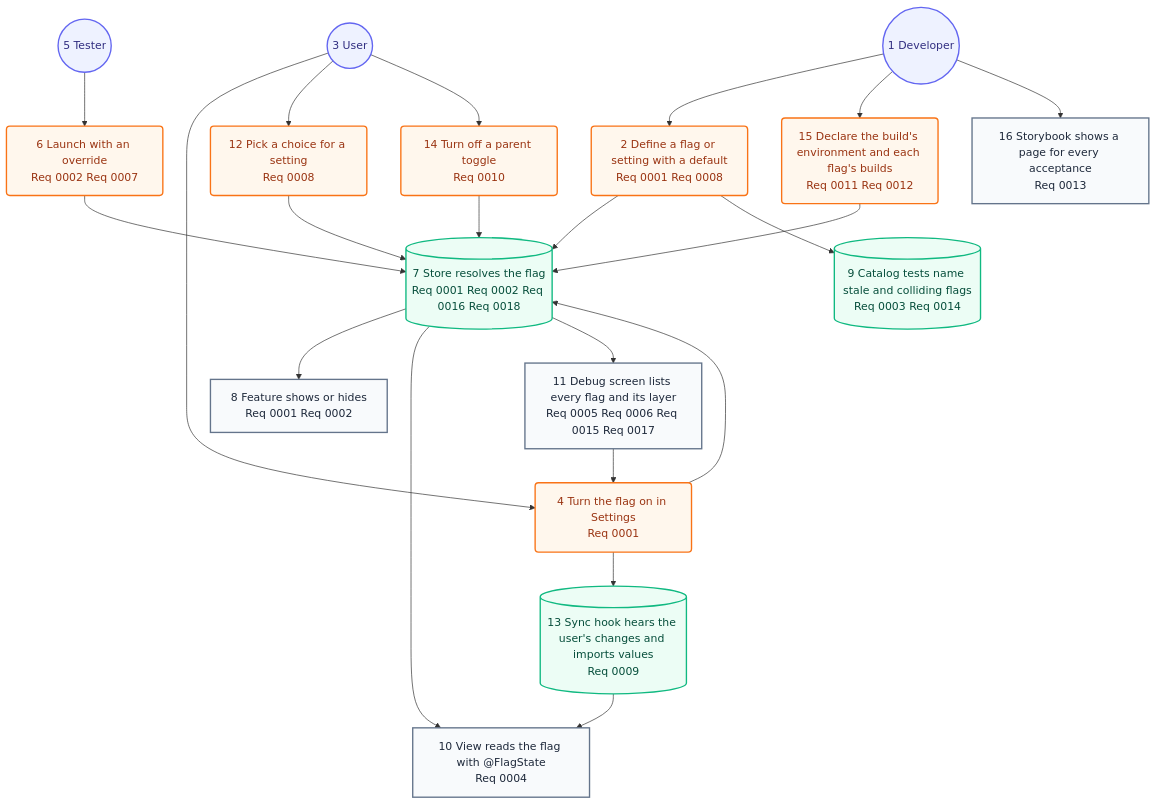
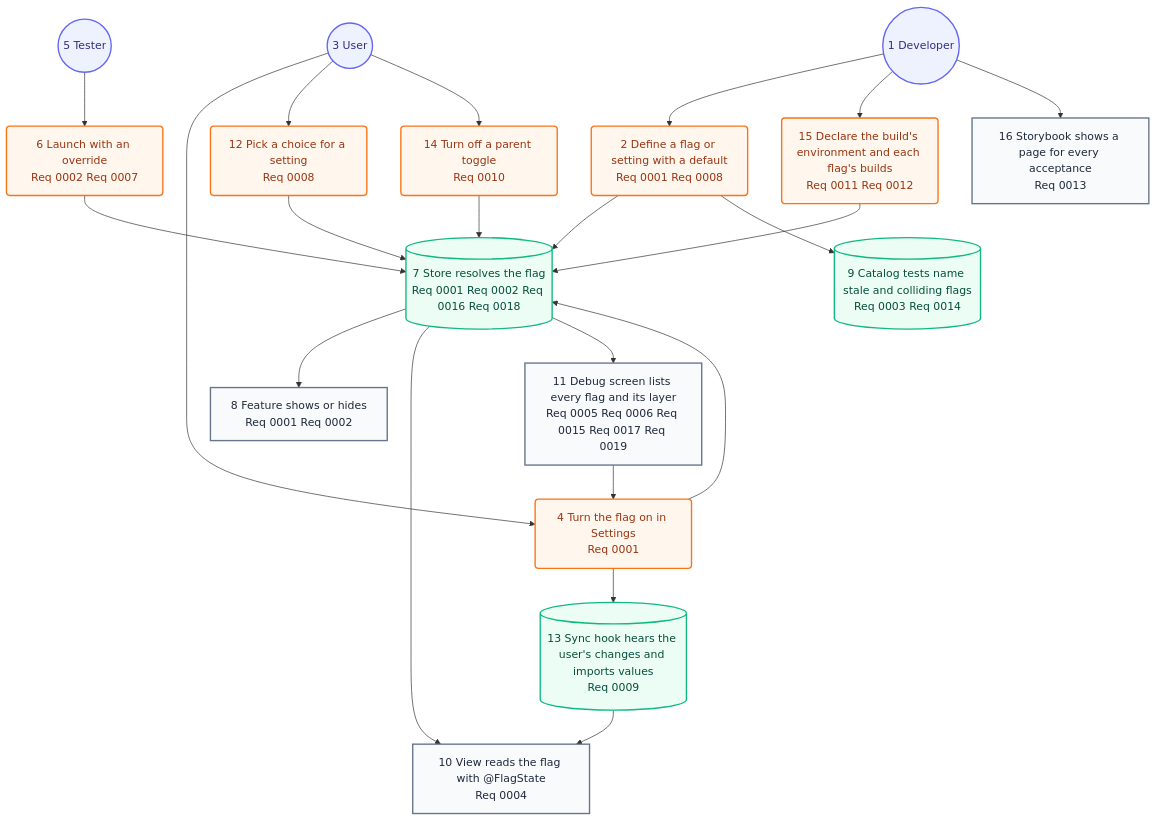
One commit to may-journal/feature-flag-kit changed the second of 2 diagrams in docs/architecture/05-user-journey.md. Above: the diagram before and after it, drawn with Mermaid. The commit also changed other lines of this file and 9 other files, not shown here.

First line of the commit message:
feat(ui): search the debug screen's flags

````diff
--- a/docs/architecture/05-user-journey.md
+++ b/docs/architecture/05-user-journey.md
@@ -31,45 +31,45 @@
 ```mermaid
 flowchart TB
     developer((1 Developer)):::persona
     define(2 Define a flag or setting with a default<br/>Req 0001 Req 0008):::action
     user((3 User)):::persona
     toggle(4 Turn the flag on in Settings<br/>Req 0001):::action
     tester((5 Tester)):::persona
     launch(6 Launch with an override<br/>Req 0002 Req 0007):::action
     resolve[(7 Store resolves the flag<br/>Req 0001 Req 0002 Req 0016 Req 0018)]:::system
     feature[8 Feature shows or hides<br/>Req 0001 Req 0002]:::screen
     expiry[(9 Catalog tests name stale and colliding flags<br/>Req 0003 Req 0014)]:::system
     view[10 View reads the flag with @FlagState<br/>Req 0004]:::screen
-    debug[11 Debug screen lists every flag and its layer<br/>Req 0005 Req 0006 Req 0015 Req 0017]:::screen
+    debug[11 Debug screen lists every flag and its layer<br/>Req 0005 Req 0006 Req 0015 Req 0017 Req 0019]:::screen
     choose(12 Pick a choice for a setting<br/>Req 0008):::action
     sync[(13 Sync hook hears the user's changes and imports values<br/>Req 0009)]:::system
     group(14 Turn off a parent toggle<br/>Req 0010):::action
     environment(15 Declare the build's environment and each flag's builds<br/>Req 0011 Req 0012):::action
     storybook[16 Storybook shows a page for every acceptance<br/>Req 0013]:::screen
 
     developer --> define
     user --> toggle
     tester --> launch
     define --> resolve
     toggle --> resolve
     launch --> resolve
     resolve --> feature
     define --> expiry
     resolve --> view
     resolve --> debug
     debug --> toggle
     user --> choose
     choose --> resolve
     toggle --> sync
     sync --> view
     user --> group
     group --> resolve
     developer --> environment
     environment --> resolve
     developer --> storybook
 
     classDef persona fill:#eef2ff,stroke:#6366f1,color:#312e81,stroke-width:2px
     classDef screen fill:#f8fafc,stroke:#64748b,color:#1e293b,stroke-width:2px
     classDef action fill:#fff7ed,stroke:#f97316,color:#9a3412,stroke-width:2px
     classDef system fill:#ecfdf5,stroke:#10b981,color:#064e3b,stroke-width:2px
 ```
````
